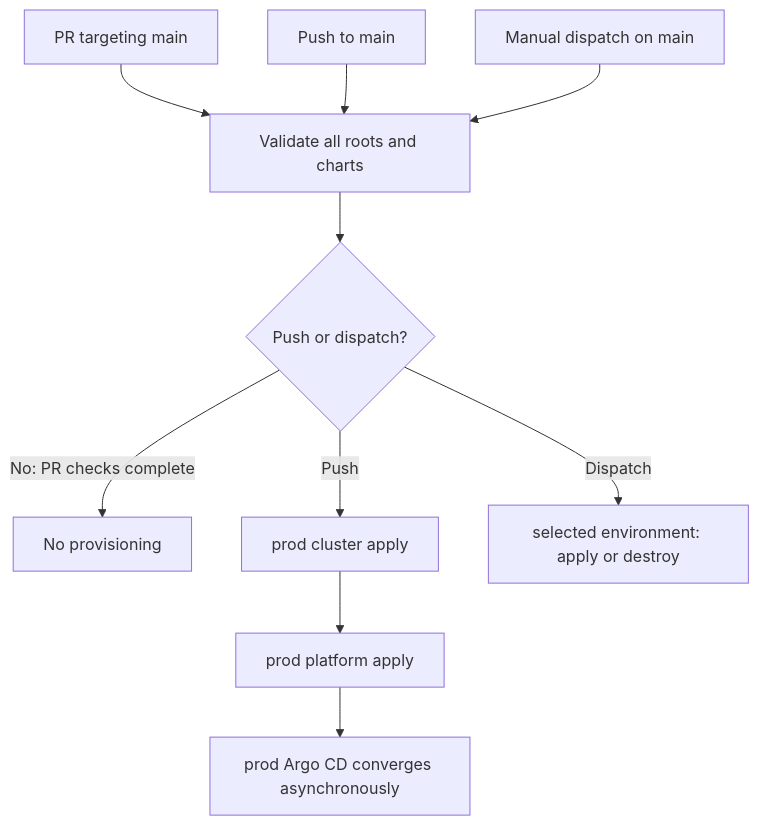
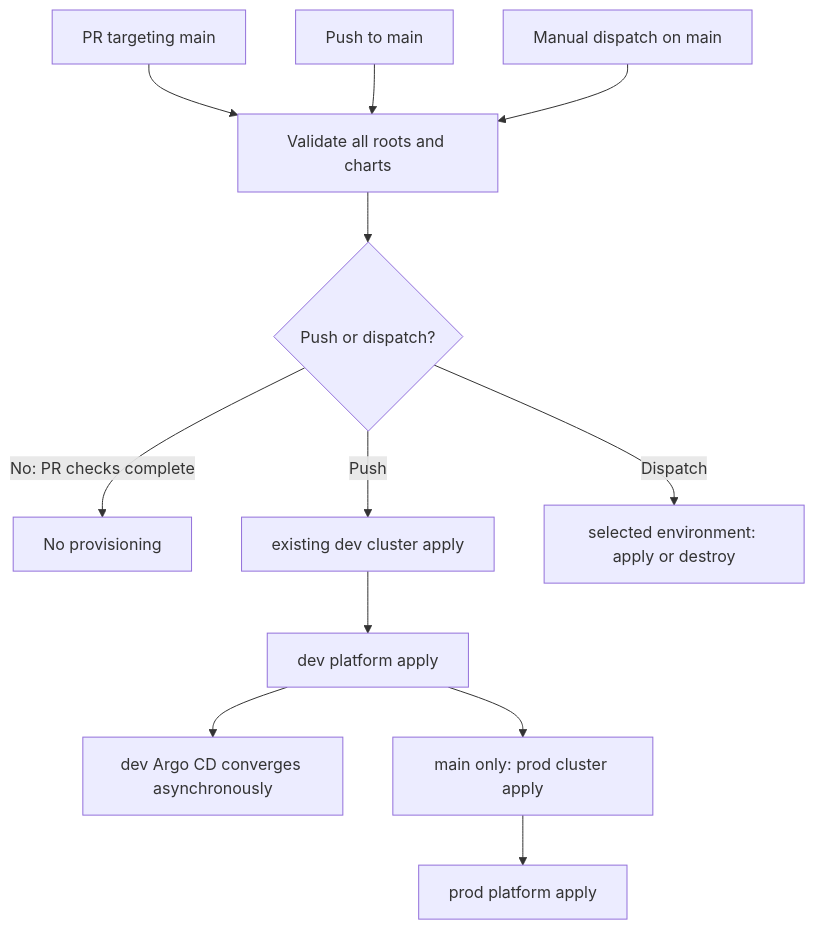
Before and after one commit to phuchoang2603/talos-proxmox: the second of 2 diagrams in docs/architecture/terraform-ci.md, drawn with Mermaid. The commit also changed other lines of this file and 165 other files, not shown here.

````diff
--- a/docs/architecture/terraform-ci.md
+++ b/docs/architecture/terraform-ci.md
@@ -36,12 +36,14 @@
 ```mermaid
 flowchart TD
     PR["PR targeting main"] --> Lint["Validate all roots and charts"]
     Push["Push to main"] --> Lint
     Dispatch["Manual dispatch on main"] --> Lint
     Lint --> Trigger{"Push or dispatch?"}
     Trigger -->|"No: PR checks complete"| Done["No provisioning"]
-    Trigger -->|"Push"| ProdCluster["prod cluster apply"]
+    Trigger -->|"Push"| DevCluster["existing dev cluster apply"]
     Trigger -->|"Dispatch"| Selected["selected environment: apply or destroy"]
+    DevCluster --> DevPlatform["dev platform apply"]
+    DevPlatform --> DevArgo["dev Argo CD converges asynchronously"]
+    DevPlatform --> ProdCluster["main only: prod cluster apply"]
     ProdCluster --> ProdPlatform["prod platform apply"]
-    ProdPlatform --> ProdArgo["prod Argo CD converges asynchronously"]
 ```
````
